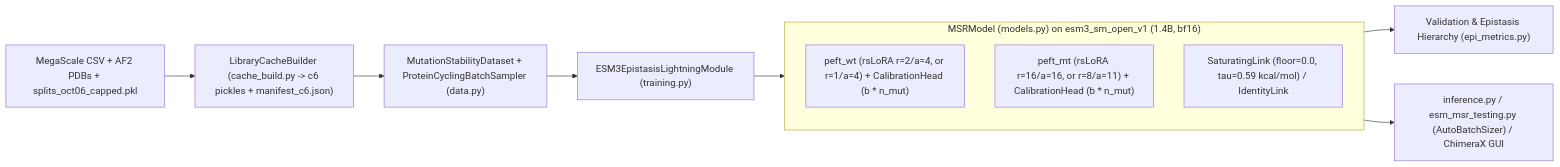
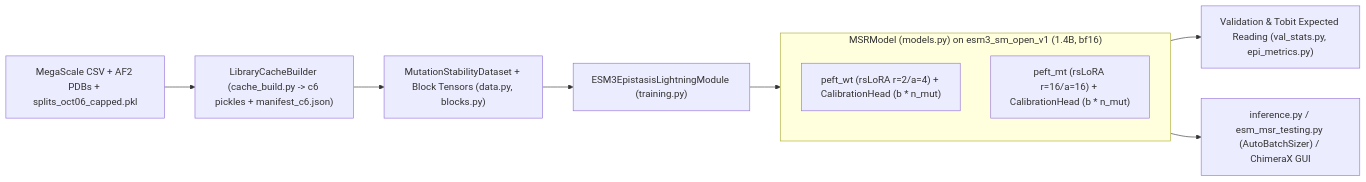
The diagram in docs/codebase_spec_and_audit.md (SKTeamLab/esm-msr), drawn with Mermaid before and after one commit. The commit also changed other lines of this file and 38 other files, not shown here.

Commit message:
cleanup: remove non-Tobit link references and modernize baseline training scripts

````diff
--- a/docs/codebase_spec_and_audit.md
+++ b/docs/codebase_spec_and_audit.md
@@ -17,14 +17,13 @@
 ```mermaid
 flowchart LR
     RAW["MegaScale CSV + AF2 PDBs + splits_oct06_capped.pkl"] --> CB["LibraryCacheBuilder (cache_build.py -> c6 pickles + manifest_c6.json)"]
-    CB --> DS["MutationStabilityDataset + ProteinCyclingBatchSampler (data.py)"]
+    CB --> DS["MutationStabilityDataset + Block Tensors (data.py, blocks.py)"]
     DS --> TR["ESM3EpistasisLightningModule (training.py)"]
     subgraph MODEL["MSRModel (models.py) on esm3_sm_open_v1 (1.4B, bf16)"]
-        WT["peft_wt (rsLoRA r=2/a=4, or r=1/a=4) + CalibrationHead (b * n_mut)"]
-        MT["peft_mt (rsLoRA r=16/a=16, or r=8/a=11) + CalibrationHead (b * n_mut)"]
-        LK["SaturatingLink (floor=0.0, tau=0.59 kcal/mol) / IdentityLink"]
+        WT["peft_wt (rsLoRA r=2/a=4) + CalibrationHead (b * n_mut)"]
+        MT["peft_mt (rsLoRA r=16/a=16) + CalibrationHead (b * n_mut)"]
     end
     TR --> MODEL
-    MODEL --> VAL["Validation & Epistasis Hierarchy (epi_metrics.py)"]
+    MODEL --> VAL["Validation & Tobit Expected Reading (val_stats.py, epi_metrics.py)"]
     MODEL --> INF["inference.py / esm_msr_testing.py (AutoBatchSizer) / ChimeraX GUI"]
 ```
````
